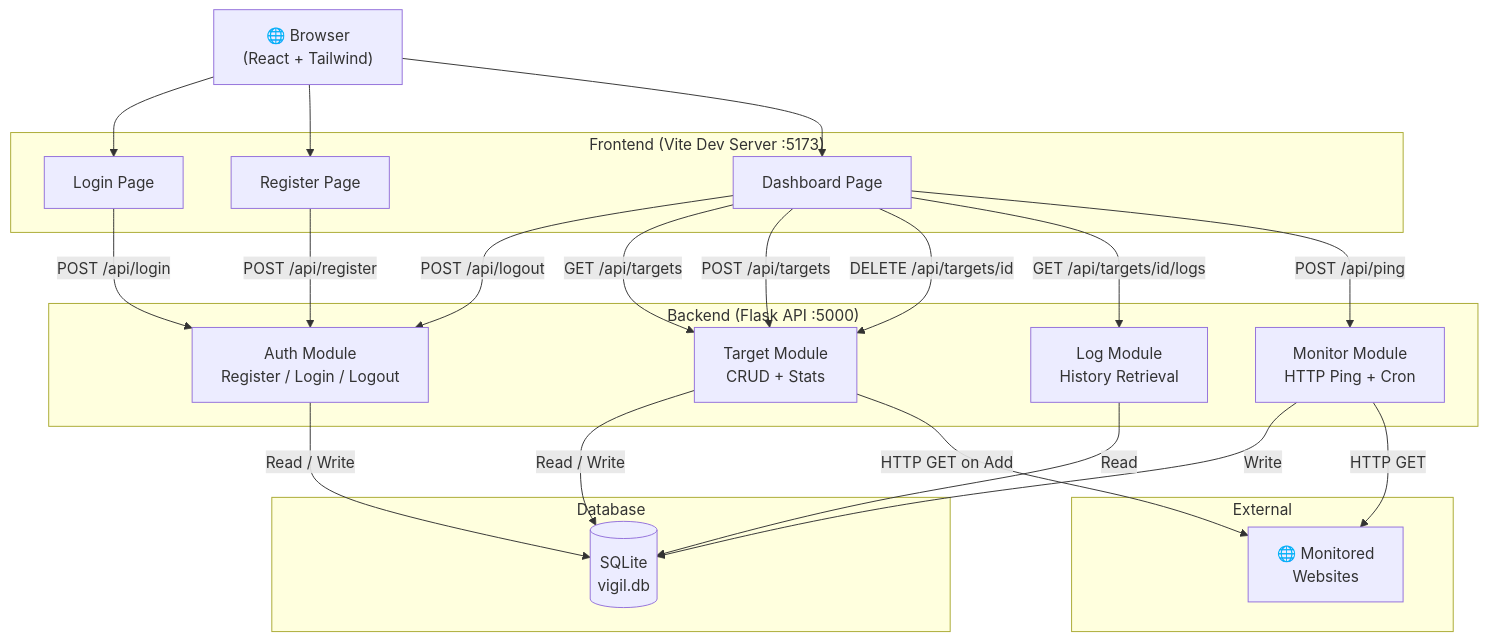
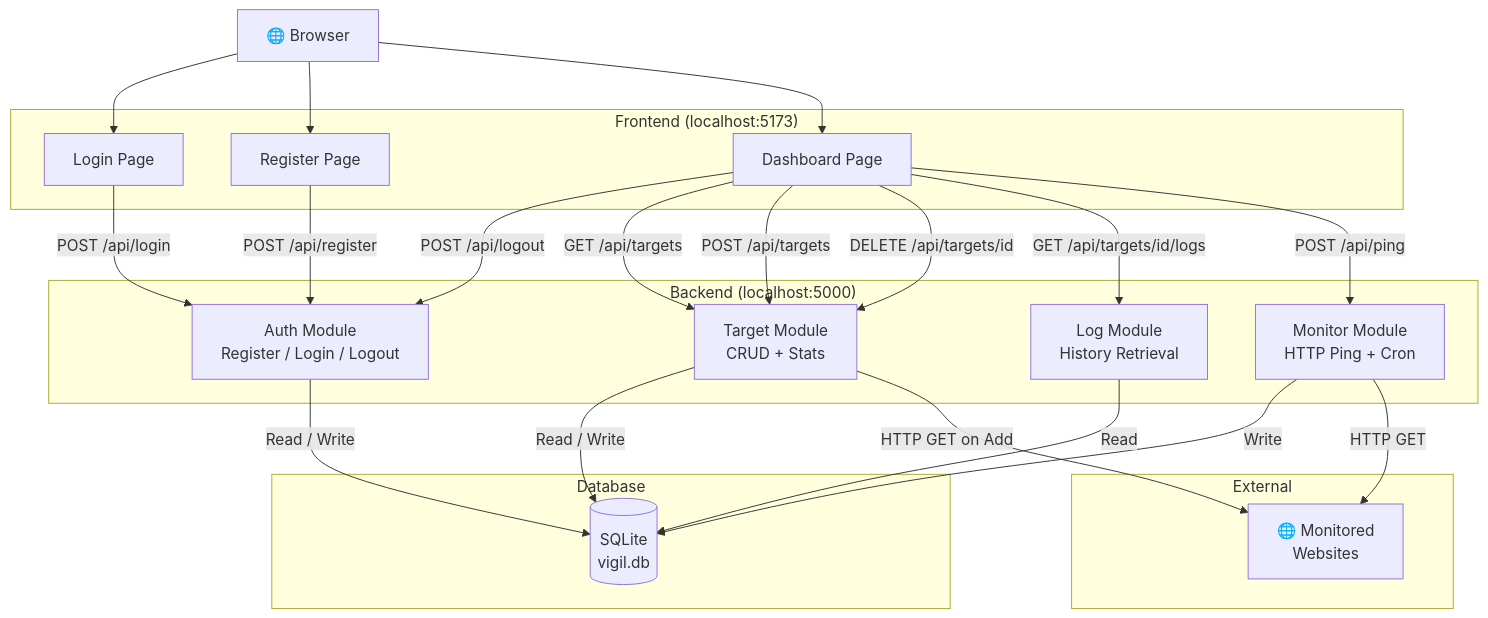
Before and after one commit to Abdelrahman744/Vigil-v2-flask: the fourth of 4 diagrams in README.md, drawn with Mermaid. The commit also changed other lines of this file and 3 other files, not shown here.

````diff
--- a/README.md
+++ b/README.md
@@ -227,45 +219,45 @@
 ```mermaid
 graph TB
-    Browser["🌐 Browser<br/>(React + Tailwind)"]
+    Browser["🌐 Browser"]
 
-    subgraph "Frontend (Vite Dev Server :5173)"
+    subgraph "Frontend (localhost:5173)"
         Login["Login Page"]
         Register["Register Page"]
         Dashboard["Dashboard Page"]
     end
 
-    subgraph "Backend (Flask API :5000)"
+    subgraph "Backend (localhost:5000)"
         Auth["Auth Module<br/>Register / Login / Logout"]
         Targets["Target Module<br/>CRUD + Stats"]
         Logs["Log Module<br/>History Retrieval"]
         Monitor["Monitor Module<br/>HTTP Ping + Cron"]
     end
 
     subgraph "Database"
         DB[("SQLite<br/>vigil.db")]
     end
 
     subgraph "External"
         Web["🌐 Monitored<br/>Websites"]
     end
 
     Browser --> Login
     Browser --> Register
     Browser --> Dashboard
 
     Login -->|"POST /api/login"| Auth
     Register -->|"POST /api/register"| Auth
     Dashboard -->|"POST /api/logout"| Auth
     Dashboard -->|"GET /api/targets"| Targets
     Dashboard -->|"POST /api/targets"| Targets
     Dashboard -->|"DELETE /api/targets/id"| Targets
     Dashboard -->|"GET /api/targets/id/logs"| Logs
     Dashboard -->|"POST /api/ping"| Monitor
 
     Auth -->|"Read / Write"| DB
     Targets -->|"Read / Write"| DB
     Logs -->|"Read"| DB
     Monitor -->|"Write"| DB
     Monitor -->|"HTTP GET"| Web
     Targets -->|"HTTP GET on Add"| Web
 ```
````
